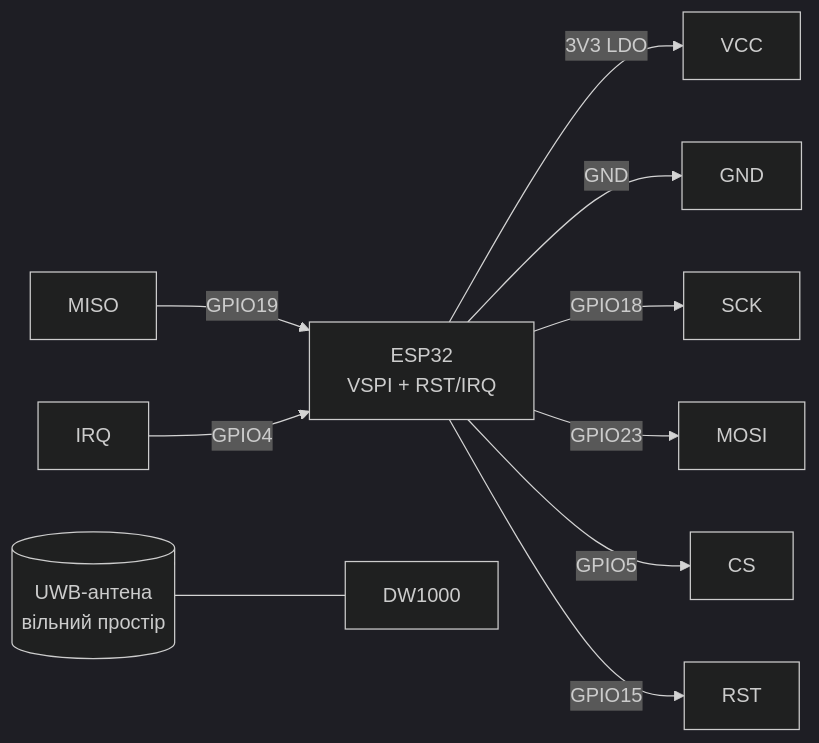
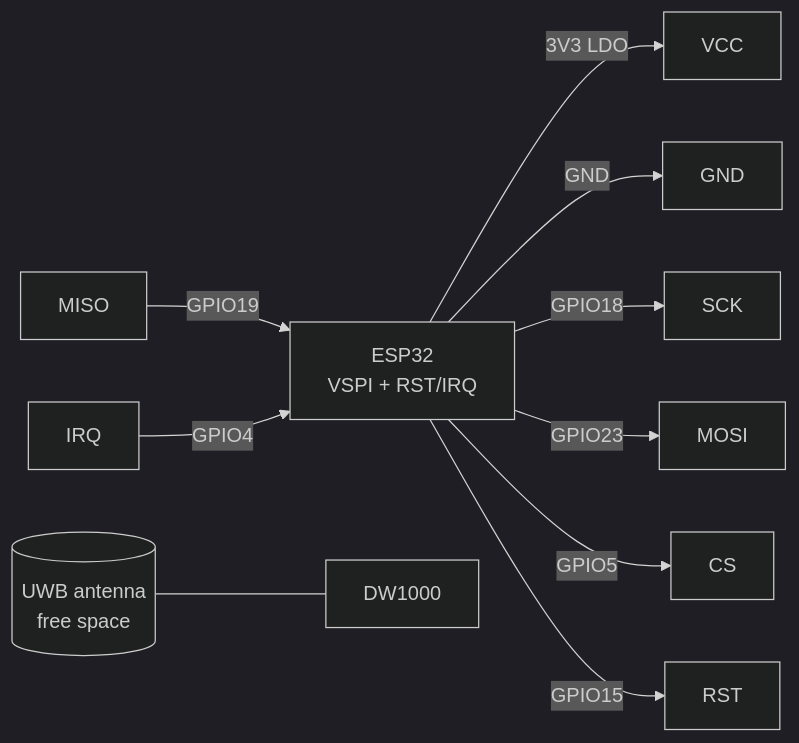
Before and after one commit to ksalab/embedded-reference: the second of 4 diagrams in obsidian_vault/ESP32-Reference/EN/12-Comm-Modules/08-LD2410-UWB-IR-Voice.en.md, drawn with Mermaid (dark theme). The commit also changed other lines of this file and 76 other files, not shown here.

````diff
--- a/obsidian_vault/ESP32-Reference/EN/12-Comm-Modules/08-LD2410-UWB-IR-Voice.en.md
+++ b/obsidian_vault/ESP32-Reference/EN/12-Comm-Modules/08-LD2410-UWB-IR-Voice.en.md
@@ -116,12 +116,12 @@
 ```mermaid
 graph LR
     ESP32[ESP32<br/>VSPI + RST/IRQ] -->|3V3 LDO| VCC[VCC]
     ESP32 -->|GND| GNDM[GND]
     ESP32 -->|GPIO18| SCK[SCK]
     ESP32 -->|GPIO23| MOSI[MOSI]
     MISO[MISO] -->|GPIO19| ESP32
     ESP32 -->|GPIO5| CS[CS]
     ESP32 -->|GPIO15| RST[RST]
     IRQ[IRQ] -->|GPIO4| ESP32
-    ANT[(UWB-антена<br/>вільний простір)] --- RF[DW1000]
+    ANT[(UWB antenna<br/>free space)] --- RF[DW1000]
 ```
````
